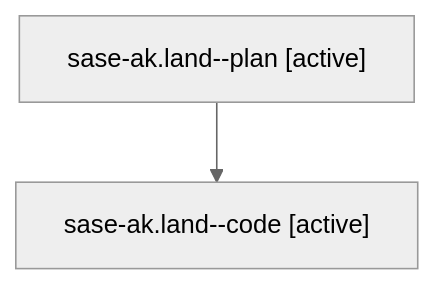
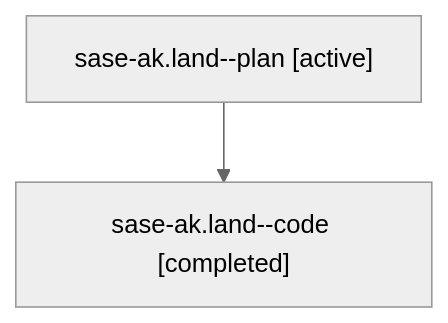
One commit to sase-org/sase--agents changed the diagram in families/bbugyi200.athena.sase-ak.land.md. Above: the diagram before and after it, drawn with Mermaid (neutral theme). The commit also changed other lines of this file and 5813 other files, not shown here.

````diff
--- a/families/bbugyi200.athena.sase-ak.land.md
+++ b/families/bbugyi200.athena.sase-ak.land.md
@@ -9,6 +9,6 @@
 ```mermaid
 flowchart TD
   n0["sase-ak.land--plan [active]"]
-  n1["sase-ak.land--code [active]"]
+  n1["sase-ak.land--code [completed]"]
   n0 --> n1
 ```
````
